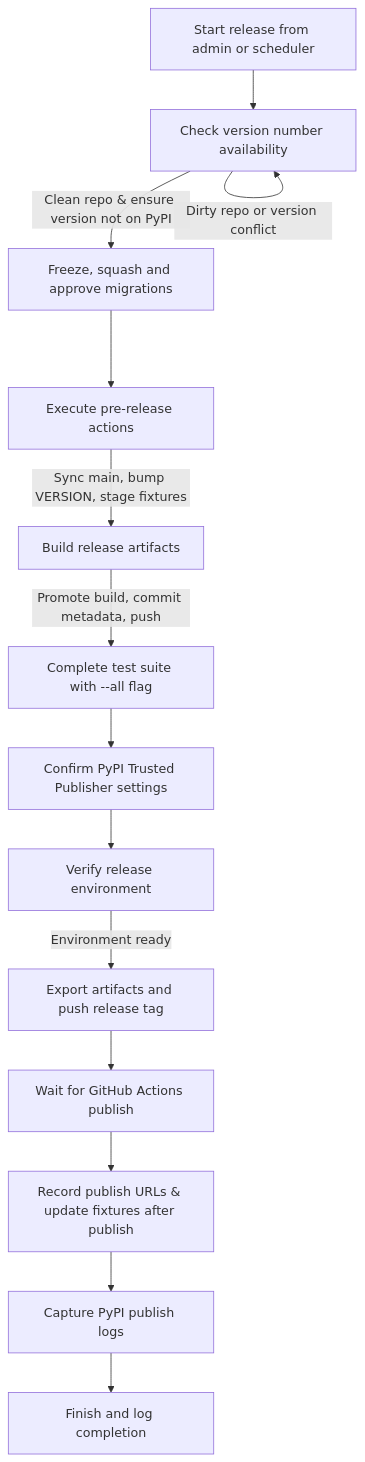
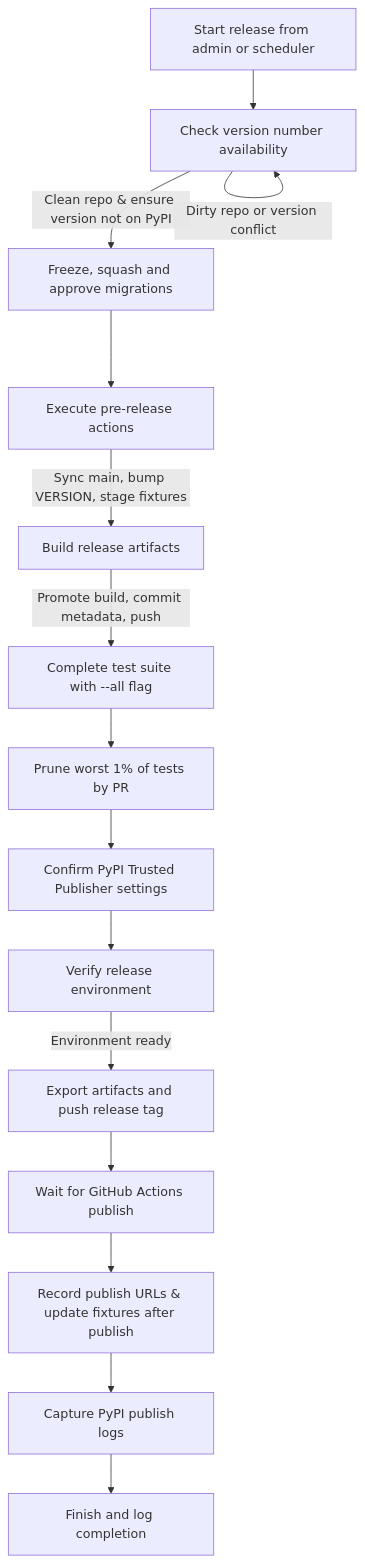
Before and after one commit to arthexis/arthexis: the diagram in docs/development/package-release-process.md, drawn with Mermaid. The commit also changed other lines of this file and 25 other files, not shown here.

````diff
--- a/docs/development/package-release-process.md
+++ b/docs/development/package-release-process.md
@@ -5,16 +5,17 @@
 ```mermaid
 flowchart TD
     A[Start release from admin or scheduler] --> B[Check version number availability]
     B -->|Clean repo & ensure version not on PyPI| C[Freeze, squash and approve migrations]
     C --> D[Execute pre-release actions]
     D -->|Sync main, bump VERSION, stage fixtures| E[Build release artifacts]
     E -->|Promote build, commit metadata, push| F[Complete test suite with --all flag]
-    F --> TP[Confirm PyPI Trusted Publisher settings]
+    F --> P[Prune worst 1% of tests by PR]
+    P --> TP[Confirm PyPI Trusted Publisher settings]
     TP --> G[Verify release environment]
     G -->|Environment ready| H[Export artifacts and push release tag]
     H --> I[Wait for GitHub Actions publish]
     I --> J[Record publish URLs & update fixtures after publish]
     J --> K[Capture PyPI publish logs]
     K --> L[Finish and log completion]
     B -->|Dirty repo or version conflict| B
 ```
````
